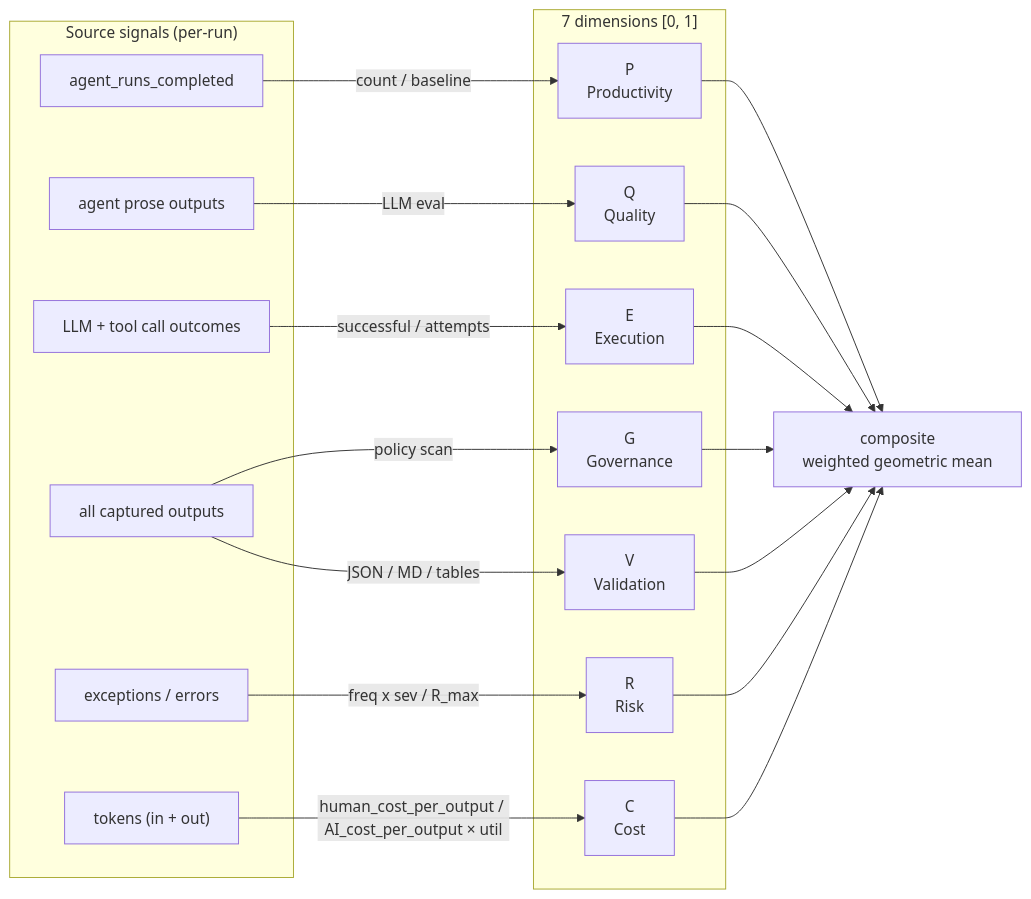
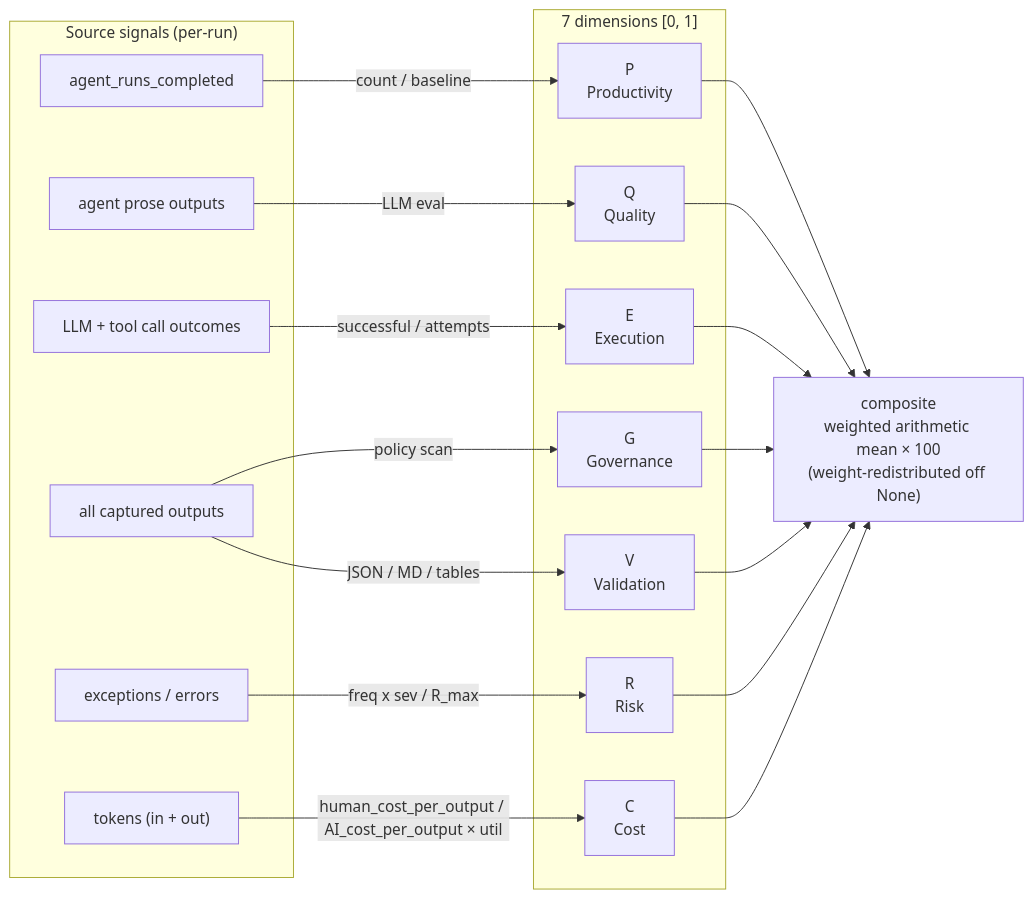
One commit to phanindraintelligenzit-afk/widget changed the sixth of 6 diagrams in README.md. Above: the diagram before and after it, drawn with Mermaid. The commit also changed other lines of this file and 1 other file, not shown here.

````diff
--- a/README.md
+++ b/README.md
@@ -560,37 +641,37 @@
 ```mermaid
 graph LR
     subgraph SRC["Source signals (per-run)"]
         Runs["agent_runs_completed"]
         Prose["agent prose outputs"]
         Calls["LLM + tool call outcomes"]
         Out["all captured outputs"]
         Err["exceptions / errors"]
         Tok["tokens (in + out)"]
     end
 
     subgraph DIM["7 dimensions [0, 1]"]
         Pdim["P<br/>Productivity"]
         Qdim["Q<br/>Quality"]
         Edim["E<br/>Execution"]
         Gdim["G<br/>Governance"]
         Rdim["R<br/>Risk"]
         Vdim["V<br/>Validation"]
         Cdim["C<br/>Cost"]
     end
 
     Runs -->|count / baseline| Pdim
     Prose -->|LLM eval| Qdim
     Calls -->|successful / attempts| Edim
     Out -->|policy scan| Gdim
     Err -->|freq x sev / R_max| Rdim
     Out -->|JSON / MD / tables| Vdim
     Tok -->|human_cost_per_output / AI_cost_per_output × util| Cdim
 
-    Pdim --> GM["composite<br/>weighted geometric mean"]
+    Pdim --> GM["composite<br/>weighted arithmetic mean × 100<br/>(weight-redistributed off None)"]
     Qdim --> GM
     Edim --> GM
     Gdim --> GM
     Rdim --> GM
     Vdim --> GM
     Cdim --> GM
 ```
````
